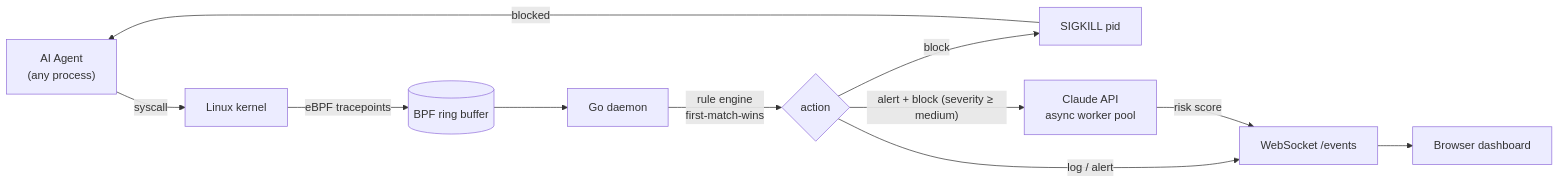
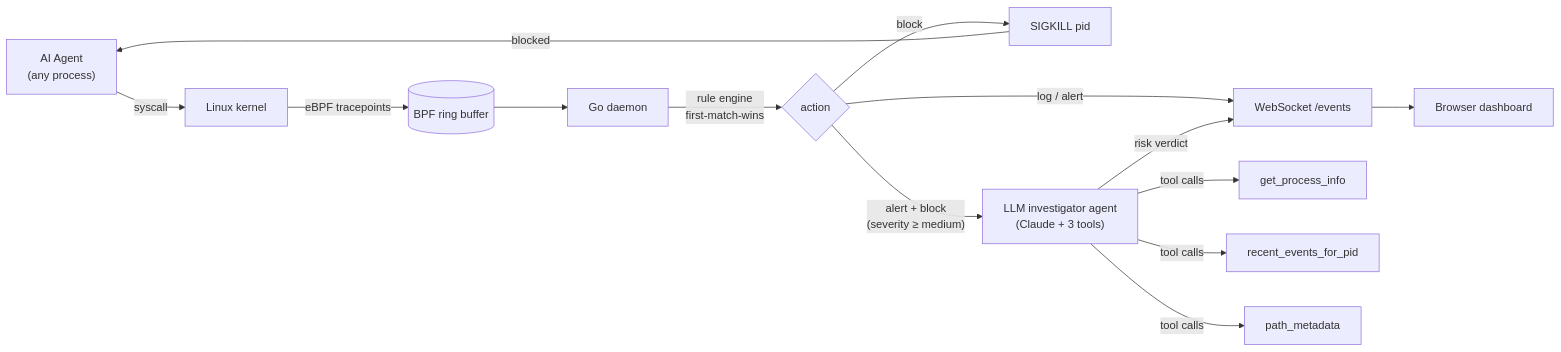
One commit to keith991001/agent-shield changed the diagram in README.md. Above: the diagram before and after it, drawn with Mermaid. The commit also changed other lines of this file and 2 other files, not shown here.

````diff
--- a/README.md
+++ b/README.md
@@ -93,13 +93,16 @@
 ```mermaid
 flowchart LR
     A["AI Agent<br/>(any process)"] -- syscall --> K["Linux kernel"]
     K -- "eBPF tracepoints" --> RB[("BPF ring buffer")]
     RB --> D["Go daemon"]
     D -- "rule engine<br/>first-match-wins" --> R{action}
     R -- "log / alert" --> WS
     R -- "block" --> KILL["SIGKILL pid"]
-    R -- "alert + block (severity ≥ medium)" --> LLM["Claude API<br/>async worker pool"]
-    LLM -- "risk score" --> WS
+    R -- "alert + block<br/>(severity ≥ medium)" --> INV
+    INV["LLM investigator agent<br/>(Claude + 3 tools)"] -- "risk verdict" --> WS
+    INV -- tool calls --> T1["get_process_info"]
+    INV -- tool calls --> T2["recent_events_for_pid"]
+    INV -- tool calls --> T3["path_metadata"]
     WS["WebSocket /events"] --> B["Browser dashboard"]
     KILL -- "blocked" --> A
 ```
````
